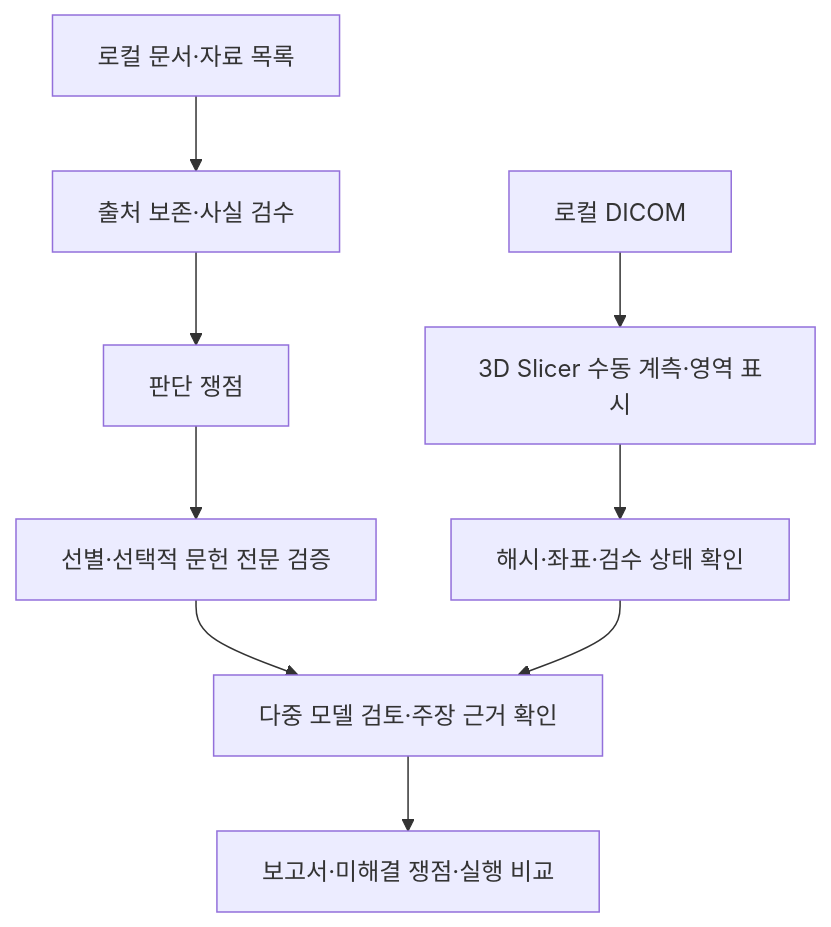
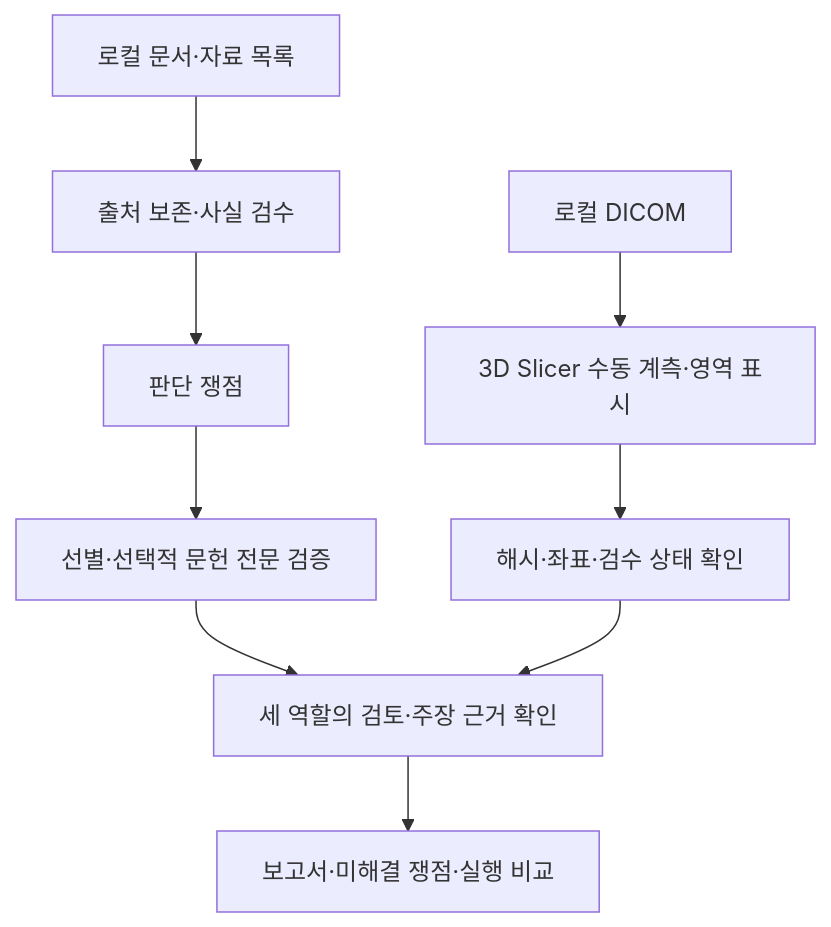
Before and after one commit to YIFNEN/medical-service: the diagram in README.md, drawn with Mermaid. The commit also changed other lines of this file and 22 other files, not shown here.

````diff
--- a/README.md
+++ b/README.md
@@ -81,11 +81,11 @@
 ```mermaid
 flowchart TD
     A[로컬 문서·자료 목록] --> B[출처 보존·사실 검수]
     B --> C[판단 쟁점]
     C --> D[선별·선택적 문헌 전문 검증]
     E[로컬 DICOM] --> F[3D Slicer 수동 계측·영역 표시]
     F --> G[해시·좌표·검수 상태 확인]
-    D --> H[다중 모델 검토·주장 근거 확인]
+    D --> H[세 역할의 검토·주장 근거 확인]
     G --> H
     H --> I[보고서·미해결 쟁점·실행 비교]
 ```
````
